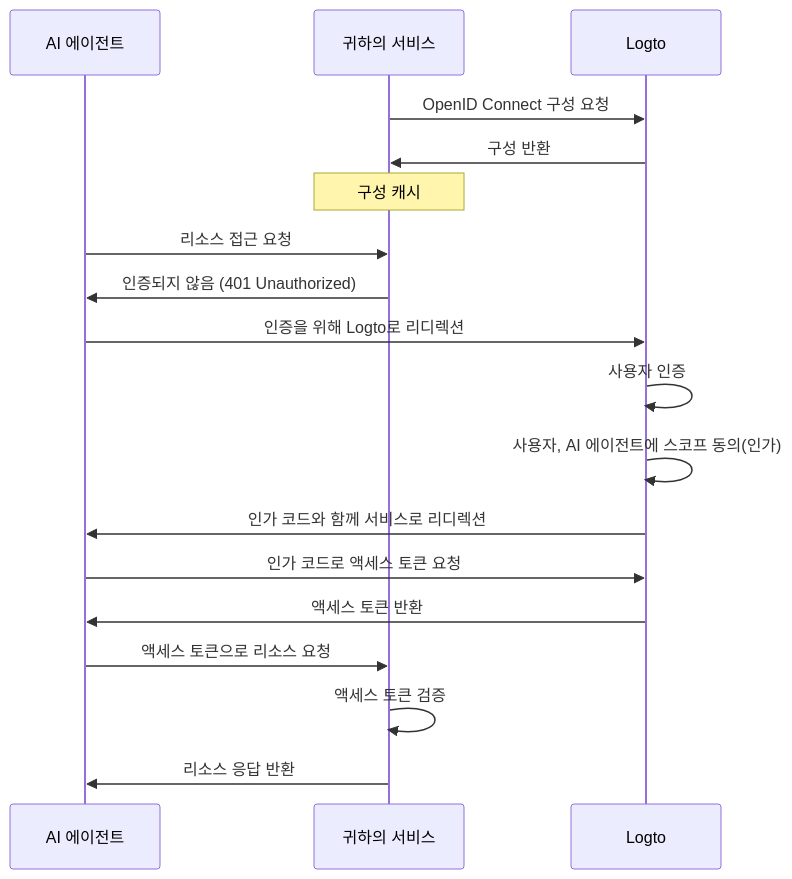
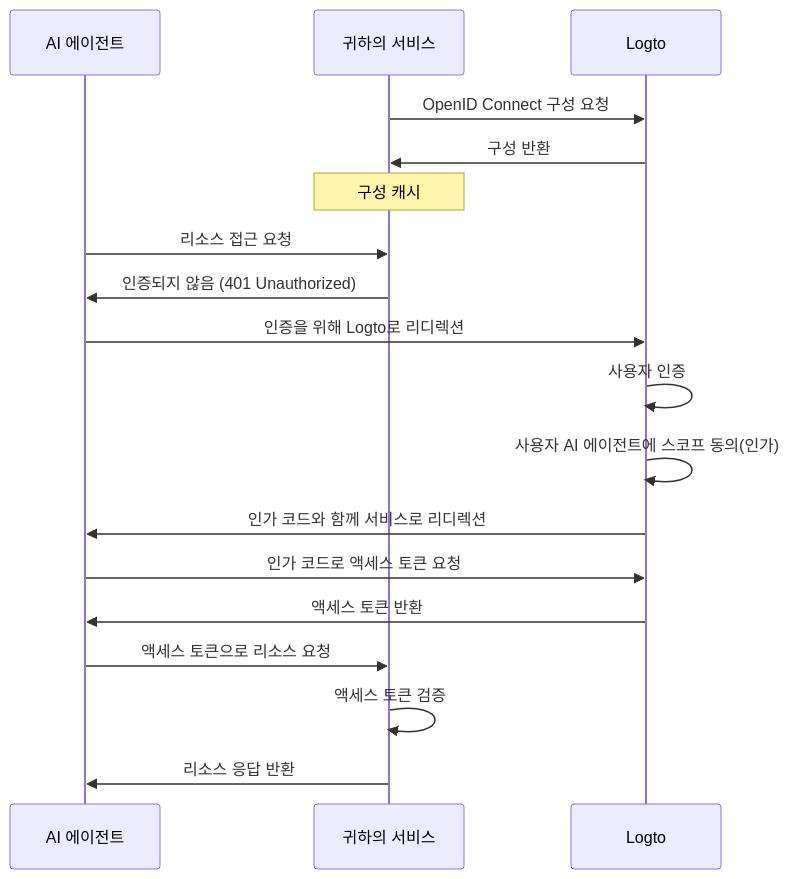
The diagram in i18n/ko/docusaurus-plugin-content-docs/current/use-cases/ai/enable-third-party-ai-agent-access.mdx (logto-io/docs), drawn with Mermaid before and after one commit. The commit also changed other lines of this file and 89 other files, not shown here.

````diff
--- a/i18n/ko/docusaurus-plugin-content-docs/current/use-cases/ai/enable-third-party-ai-agent-access.mdx
+++ b/i18n/ko/docusaurus-plugin-content-docs/current/use-cases/ai/enable-third-party-ai-agent-access.mdx
@@ -61,21 +64,21 @@
 ```mermaid
 sequenceDiagram
     participant Agent as AI 에이전트
     participant Service as 귀하의 서비스
     participant Logto
 
     Service->>Logto: OpenID Connect 구성 요청
     Logto->>Service: 구성 반환
     Note over Service: 구성 캐시
     Agent->>Service: 리소스 접근 요청
     Service->>Agent: 인증되지 않음 (401 Unauthorized)
     Agent->>Logto: 인증을 위해 Logto로 리디렉션
     Logto->>Logto: 사용자 인증
-    Logto->>Logto: 사용자, AI 에이전트에 스코프 동의(인가)
+    Logto->>Logto: 사용자 AI 에이전트에 스코프 동의(인가)
     Logto->>Agent: 인가 코드와 함께 서비스로 리디렉션
     Agent->>Logto: 인가 코드로 액세스 토큰 요청
     Logto->>Agent: 액세스 토큰 반환
     Agent->>Service: 액세스 토큰으로 리소스 요청
     Service->>Service: 액세스 토큰 검증
     Service->>Agent: 리소스 응답 반환
 ```
````
